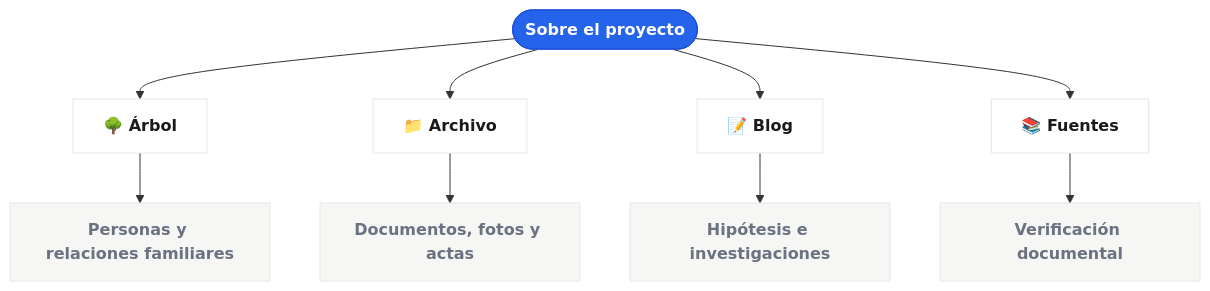
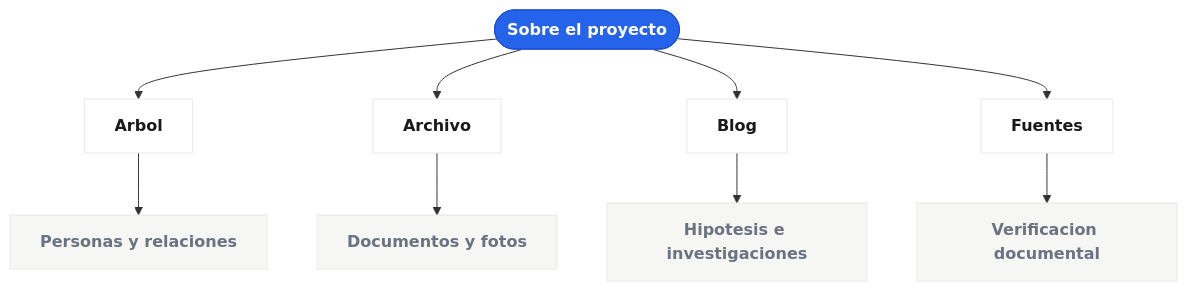
The diagram in content/sobre.md (cmzo/web-genealogia), drawn with Mermaid before and after one commit.

Commit message:
build: actualizar posts y dist (2026-05-15)

````diff
--- a/content/sobre.md
+++ b/content/sobre.md
@@ -45,13 +45,16 @@
 ```mermaid
 flowchart TD
-    classDef root    fill:#2563eb,stroke:#1d4ed8,color:#fff,font-weight:bold
+    classDef root fill:#2563eb,stroke:#1d4ed8,color:#fff,font-weight:bold
     classDef section fill:#ffffff,stroke:#e8e8e6,color:#1a1a1a
-    classDef leaf    fill:#f6f6f4,stroke:#e8e8e6,color:#6b7280
+    classDef leaf fill:#f6f6f4,stroke:#e8e8e6,color:#6b7280
 
-    A([Sobre el proyecto]):::root --> B & C & D & E
-
-    B[🌳 Árbol]:::section    --> F[Personas y relaciones familiares]:::leaf
-    C[📁 Archivo]:::section  --> G[Documentos, fotos y actas]:::leaf
-    D[📝 Blog]:::section     --> H[Hipótesis e investigaciones]:::leaf
-    E[📚 Fuentes]:::section  --> I[Verificación documental]:::leaf
+    A([Sobre el proyecto]):::root
+    A --> B[Arbol]:::section
+    A --> C[Archivo]:::section
+    A --> D[Blog]:::section
+    A --> E[Fuentes]:::section
+    B --> F[Personas y relaciones]:::leaf
+    C --> G[Documentos y fotos]:::leaf
+    D --> H[Hipotesis e investigaciones]:::leaf
+    E --> I[Verificacion documental]:::leaf
 ```
````
